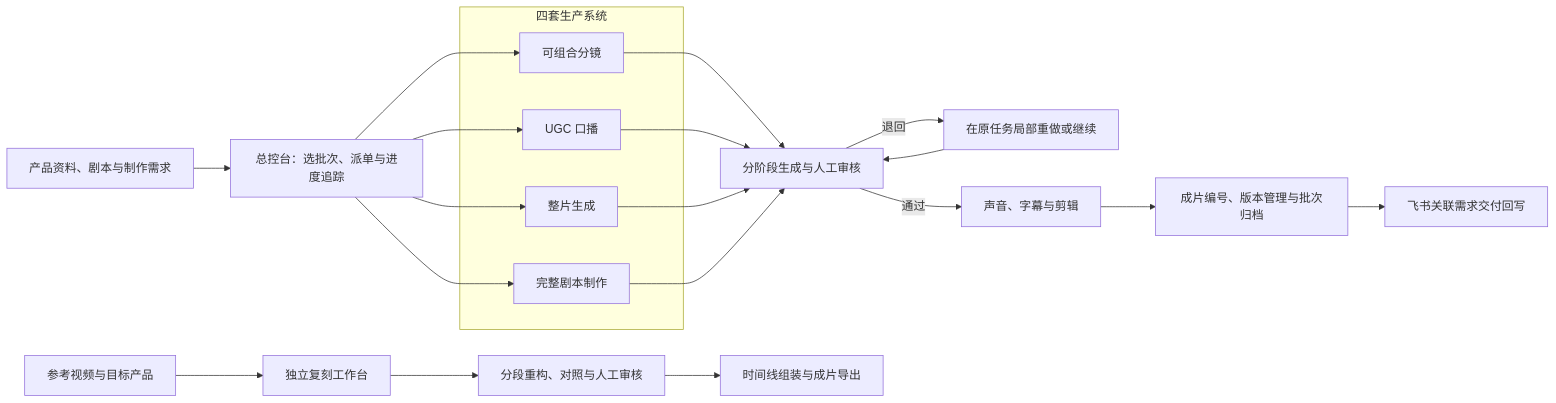
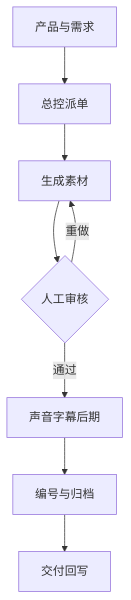
One commit to super-chestnut/portfolio changed the first of 2 diagrams in cases/ai-video-production.md. Above: the diagram before and after it, drawn with Mermaid. The commit also changed other lines of this file, not shown here.

First line of the commit message:
Add real project screenshots and compact workflow diagrams

````diff
--- a/cases/ai-video-production.md
+++ b/cases/ai-video-production.md
@@ -36,26 +60,10 @@
 ```mermaid
-flowchart LR
-    D["产品资料、剧本与制作需求"] --> C["总控台：选批次、派单与进度追踪"]
-    subgraph Managed["四套生产系统"]
-        A["可组合分镜"]
-        B["UGC 口播"]
-        E["整片生成"]
-        S["完整剧本制作"]
-    end
-    C --> A
-    C --> B
-    C --> E
-    C --> S
-    A --> R["分阶段生成与人工审核"]
-    B --> R
-    E --> R
-    S --> R
-    R -->|退回| W["在原任务局部重做或继续"]
-    W --> R
-    R -->|通过| F["声音、字幕与剪辑"]
-    F --> L["成片编号、版本管理与批次归档"]
-    L --> H["飞书关联需求交付回写"]
-    V["参考视频与目标产品"] --> K["独立复刻工作台"]
-    K --> Q["分段重构、对照与人工审核"]
-    Q --> Z["时间线组装与成片导出"]
+flowchart TD
+    A["产品与需求"] --> B["总控派单"]
+    B --> C["生成素材"]
+    C --> D{"人工审核"}
+    D -->|重做| C
+    D -->|通过| E["声音字幕后期"]
+    E --> F["编号与归档"]
+    F --> G["交付回写"]
 ```
````
